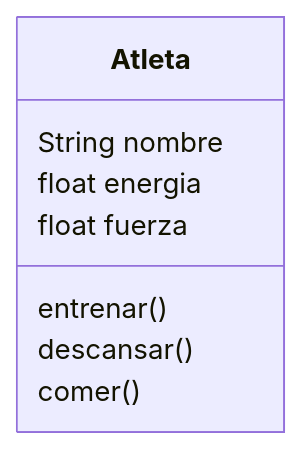
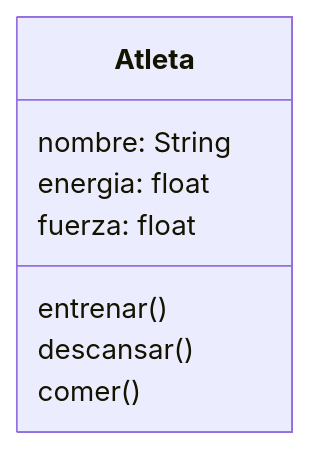
The diagram in retos_sesion_03/ejercicio_01.md (StephanieApaza/psg-oop-2025), drawn with Mermaid before and after one commit. The commit also changed other lines of this file, not shown here.

````diff
--- a/retos_sesion_03/ejercicio_01.md
+++ b/retos_sesion_03/ejercicio_01.md
@@ -30,11 +52,11 @@
 ```mermaid
 classDiagram
     class Atleta {
-        String nombre
-        float energia
-        float fuerza
+        nombre: String
+        energia: float
+        fuerza: float
         entrenar()
         descansar()
         comer()
     }
 ```
````
